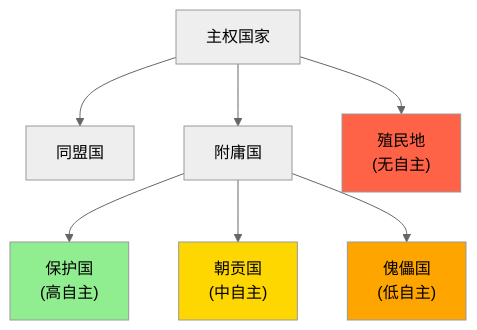
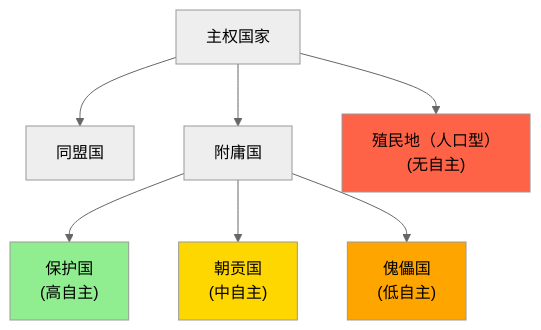
The sixth of 10 diagrams in docs/外交系统扩充.md (HkingAuditore/civ-game), drawn with Mermaid (neutral theme) before and after one commit. The commit also changed other lines of this file and 5 other files, not shown here.

````diff
--- a/docs/外交系统扩充.md
+++ b/docs/外交系统扩充.md
@@ -891,14 +1035,14 @@
 ```mermaid
 graph TD
     A[主权国家] --> B[同盟国]
     A --> C[附庸国]
     C --> D["保护国<br/>(高自主)"]
     C --> E["朝贡国<br/>(中自主)"]
     C --> F["傀儡国<br/>(低自主)"]
-    A --> G["殖民地<br/>(无自主)"]
+    A --> G["殖民地（人口型）<br/>(无自主)"]
     
     style D fill:#90EE90
     style E fill:#FFD700
     style F fill:#FFA500
     style G fill:#FF6347
 ```
````
